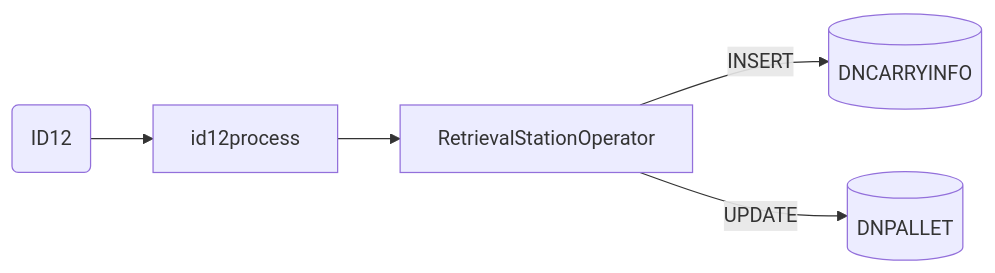
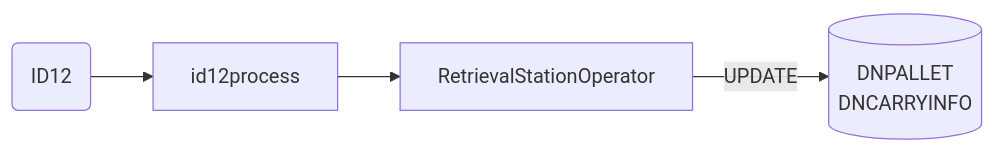
One commit to luthfiadityaa/SimeDarby-Wiki changed the fourth of 9 diagrams in Basic-Design/DFD-WMS/Retrieval/Unplanned-Retrieval-from-OP-Area-(PKG).md. Above: the diagram before and after it, drawn with Mermaid.

Commit message:
Updated Unplanned Retrieval from OP Area (PKG)

```diff
--- a/Basic-Design/DFD-WMS/Retrieval/Unplanned-Retrieval-from-OP-Area-(PKG).md
+++ b/Basic-Design/DFD-WMS/Retrieval/Unplanned-Retrieval-from-OP-Area-(PKG).md
@@ -243,21 +243,17 @@
 ::: mermaid
 flowchart LR
 
 id12msg("
 ID12
 ")
 
-id12-insert[("
-DNCARRYINFO
-")]
-
 id12-update[("
 DNPALLET
+DNCARRYINFO
 ")]
 
 retrievalstationoperator[RetrievalStationOperator]
 
 id12msg-->id12process
-id12process-->retrievalstationoperator--> |INSERT| id12-insert
-retrievalstationoperator--> |UPDATE| id12-update
+id12process-->retrievalstationoperator--> |UPDATE| id12-update
 :::
```
